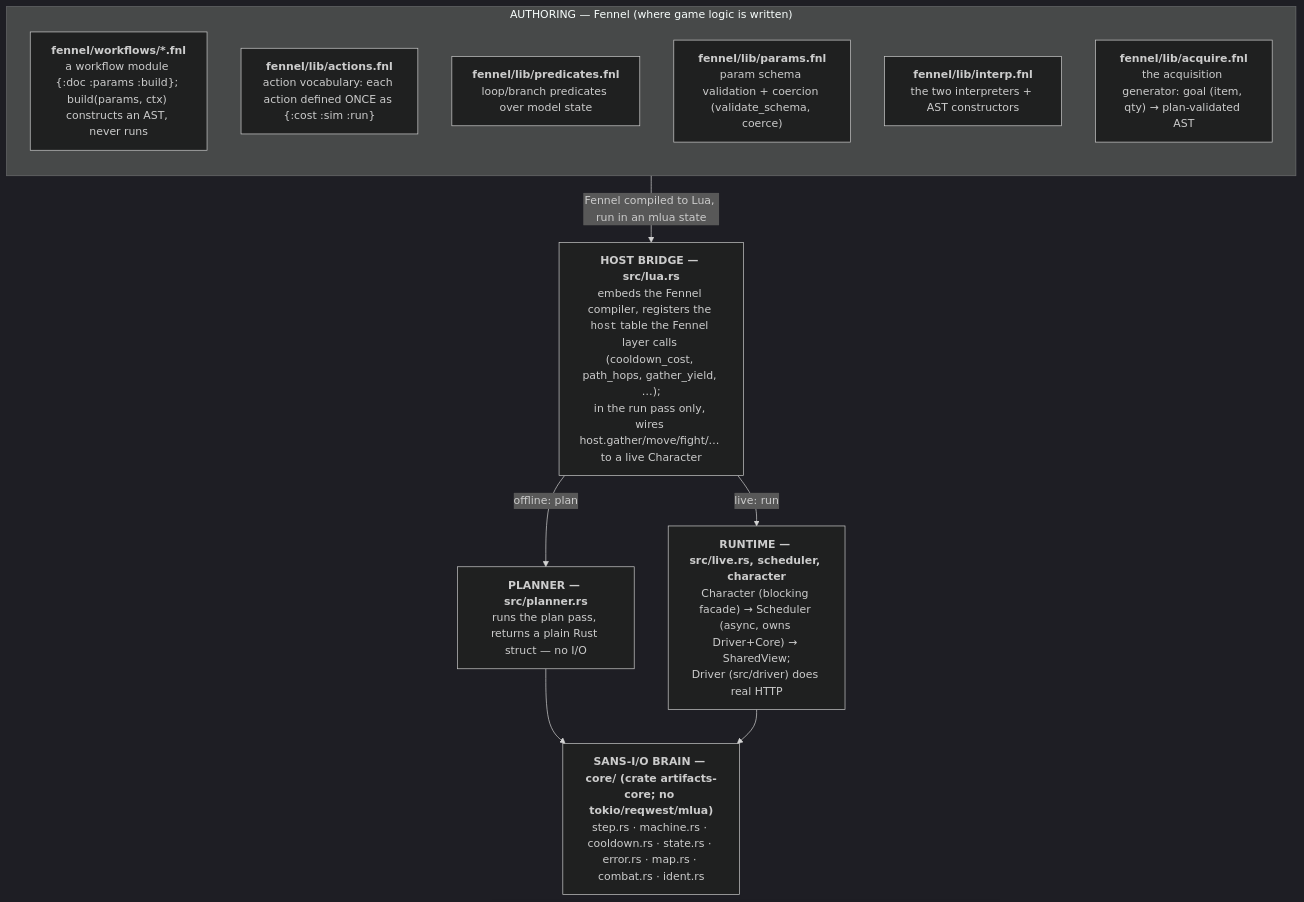
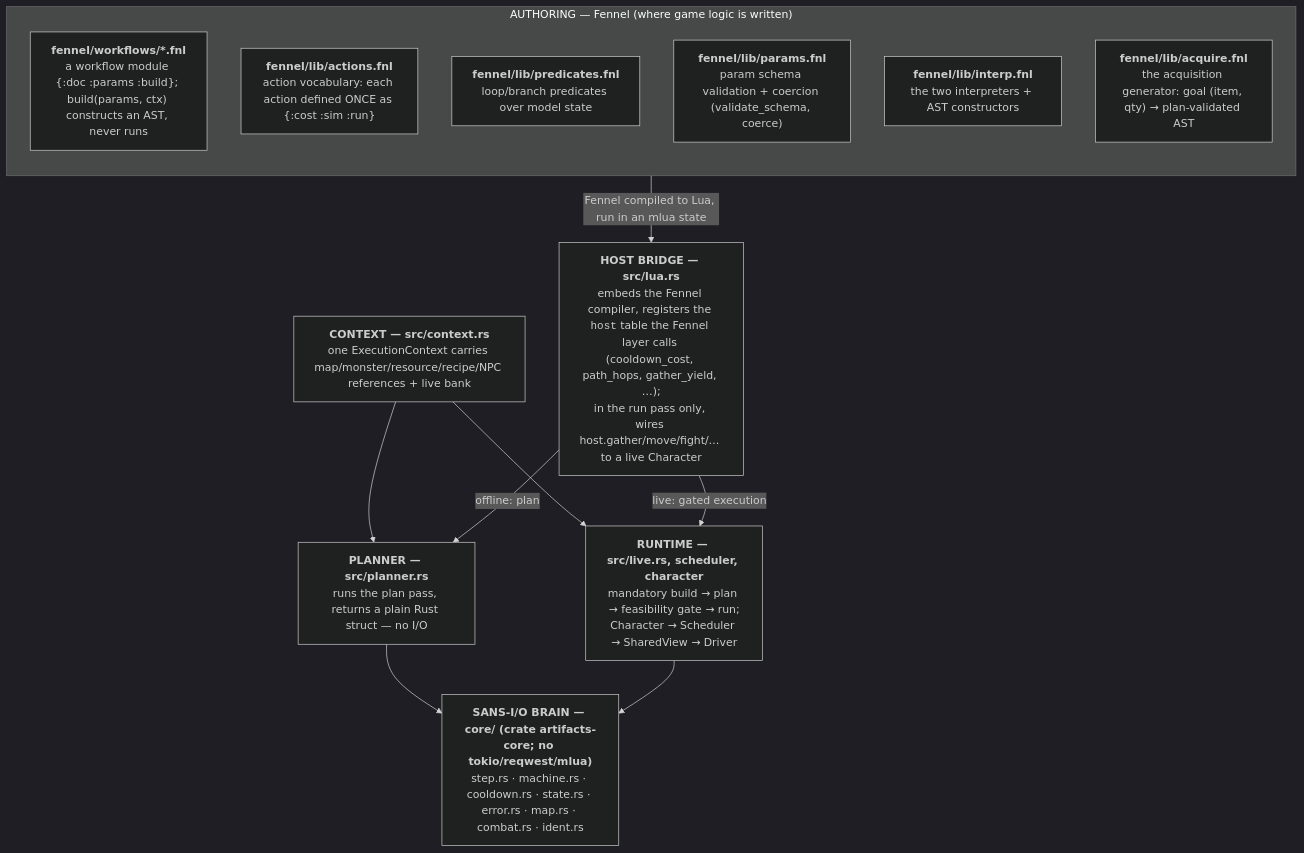
One commit to dfontana/artifacts changed the diagram in docs/ARCHITECTURE.md. Above: the diagram before and after it, drawn with Mermaid (dark theme). The commit also changed other lines of this file and 23 other files, not shown here.

````diff
--- a/docs/ARCHITECTURE.md
+++ b/docs/ARCHITECTURE.md
@@ -11,25 +11,28 @@
 ```mermaid
 flowchart TD
     subgraph authoring["AUTHORING — Fennel (where game logic is written)"]
         direction TB
         wf["<b>fennel/workflows/*.fnl</b><br/>a workflow module {:doc :params :build}; build(params, ctx) constructs an AST, never runs"]
         act["<b>fennel/lib/actions.fnl</b><br/>action vocabulary: each action defined ONCE as {:cost :sim :run}"]
         pred["<b>fennel/lib/predicates.fnl</b><br/>loop/branch predicates over model state"]
         params["<b>fennel/lib/params.fnl</b><br/>param schema validation + coercion (validate_schema, coerce)"]
         interp["<b>fennel/lib/interp.fnl</b><br/>the two interpreters + AST constructors"]
         acq["<b>fennel/lib/acquire.fnl</b><br/>the acquisition generator: goal (item, qty) → plan-validated AST"]
     end
 
     bridge["<b>HOST BRIDGE — src/lua.rs</b><br/>embeds the Fennel compiler, registers the <code>host</code> table the Fennel layer calls (cooldown_cost, path_hops, gather_yield, …);<br/>in the run pass only, wires host.gather/move/fight/… to a live Character"]
 
     planner["<b>PLANNER — src/planner.rs</b><br/>runs the plan pass, returns a plain Rust struct — no I/O"]
-    runtime["<b>RUNTIME — src/live.rs, scheduler, character</b><br/>Character (blocking facade) → Scheduler (async, owns Driver+Core) → SharedView;<br/>Driver (src/driver) does real HTTP"]
+    context["<b>CONTEXT — src/context.rs</b><br/>one ExecutionContext carries map/monster/resource/recipe/NPC references + live bank"]
+    runtime["<b>RUNTIME — src/live.rs, scheduler, character</b><br/>mandatory build → plan → feasibility gate → run;<br/>Character → Scheduler → SharedView → Driver"]
 
     core["<b>SANS-I/O BRAIN — core/ (crate artifacts-core; no tokio/reqwest/mlua)</b><br/>step.rs · machine.rs · cooldown.rs · state.rs · error.rs · map.rs · combat.rs · ident.rs"]
 
     authoring -->|"Fennel compiled to Lua, run in an mlua state"| bridge
+    context --> planner
+    context --> runtime
     bridge -->|"offline: plan"| planner
-    bridge -->|"live: run"| runtime
+    bridge -->|"live: gated execution"| runtime
     planner --> core
     runtime --> core
 ```
````
